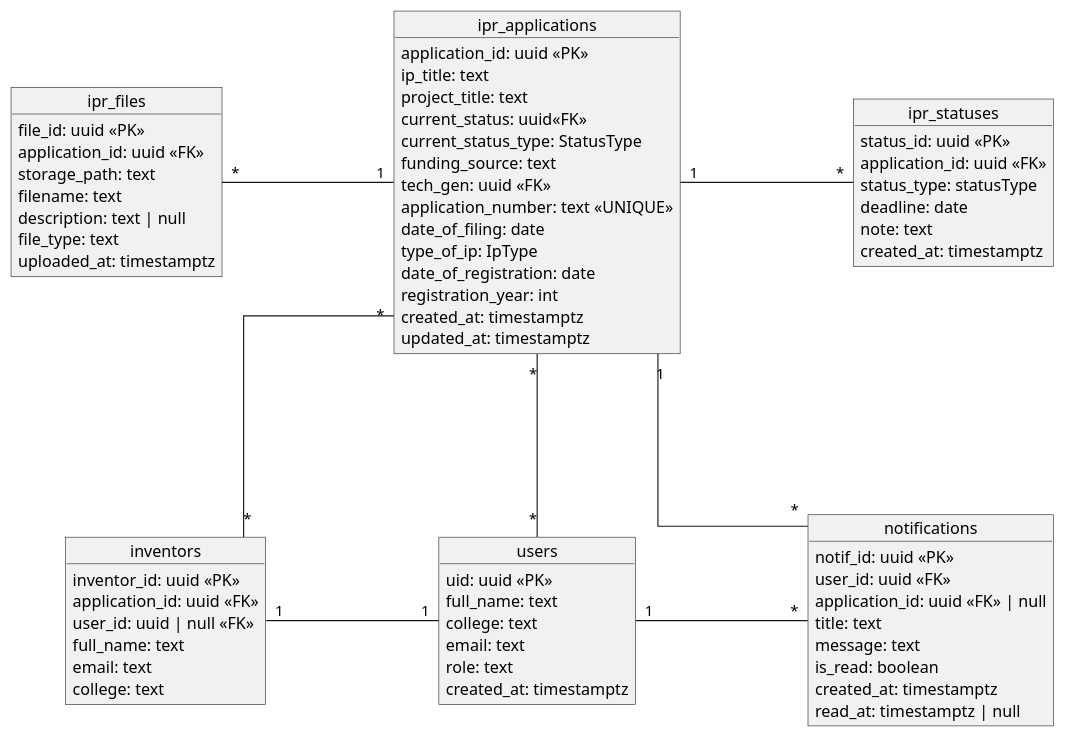
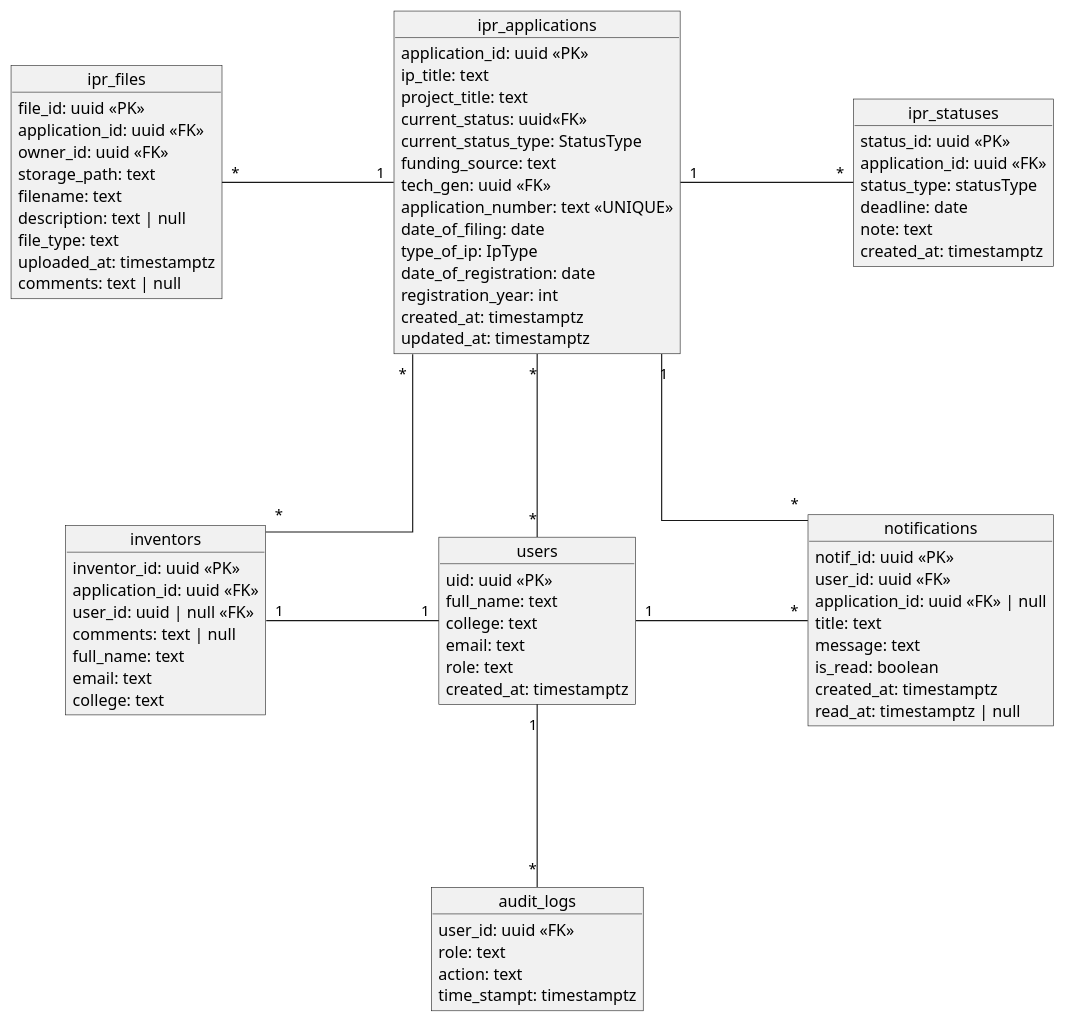
Before and after one commit to jrolana/iris: the diagram in uml diagrams code/db_design.wsd, drawn with PlantUML. The commit also changed 6 other files, not shown here.

Commit message:
feat: Can only perform CRUD operations when owner of attachment/file. Also addded buttons to view comments on an inventor

```diff
--- a/uml diagrams code/db_design.wsd
+++ b/uml diagrams code/db_design.wsd
@@ -1,85 +1,96 @@
 @startuml
 
 hide circle
 skinparam objectAttributeIconSize 0
 skinparam linetype ortho
 skinparam NodeSep 150
 skinparam RankSep 140
 
 
 
 object "users" as users {
   uid: uuid <<PK>>
   full_name: text
   college: text
   email: text
   role: text
   created_at: timestamptz
 }
 '
 object "ipr_applications" as applications {
   application_id: uuid <<PK>>
   ip_title: text
   project_title: text
   current_status: uuid<<FK>>
   ' for easy access of type (cached)
   current_status_type: StatusType 
   funding_source: text
   tech_gen: uuid <<FK>>
   application_number: text <<UNIQUE>>
   date_of_filing: date
   type_of_ip: IpType
   date_of_registration: date
   registration_year: int
   created_at: timestamptz
   updated_at: timestamptz
 }
 
 object "notifications" as notifs{
   notif_id: uuid <<PK>>
   user_id: uuid <<FK>>
   application_id: uuid <<FK>> | null
   title: text
   message: text
   is_read: boolean
   created_at: timestamptz
   read_at: timestamptz | null
 }
 
 object "ipr_statuses" as statuses {
   status_id: uuid <<PK>>
   application_id: uuid <<FK>>
   status_type: statusType
   deadline: date
   note: text
   created_at: timestamptz
 }
 
 object "ipr_files" as files {
   file_id: uuid <<PK>>
   application_id: uuid <<FK>>
+  owner_id: uuid <<FK>>
   storage_path: text
   filename: text
   description: text | null
   file_type: text
   uploaded_at: timestamptz
+  comments: text | null
 }
 
 object "inventors" as inv {
   inventor_id: uuid <<PK>>
   application_id: uuid <<FK>>
   user_id: uuid | null <<FK>>
+  comments: text | null
   full_name: text
   email: text
   college: text
+}
+
+object "audit_logs"  as aud{
+  user_id: uuid <<FK>>
+  role: text
+  action: text
+  time_stampt: timestamptz
 }
 
 applications "1" -left- "*" files
 users "*" -up- "*" applications
 applications "1" -right- "*" statuses
 applications "*" -- "*" inv
 applications "1" -- "*" notifs
 users "1" -right- "*" notifs
 inv "1" -right- "1" users
+users "1" -down- "*" aud
 
 @enduml
```
